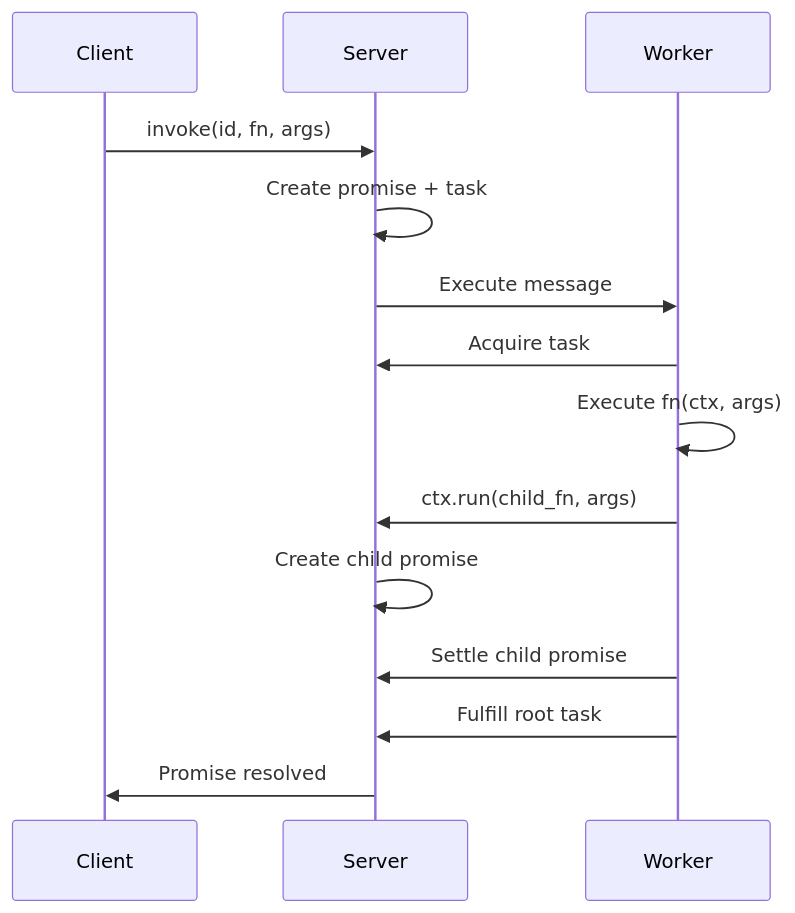
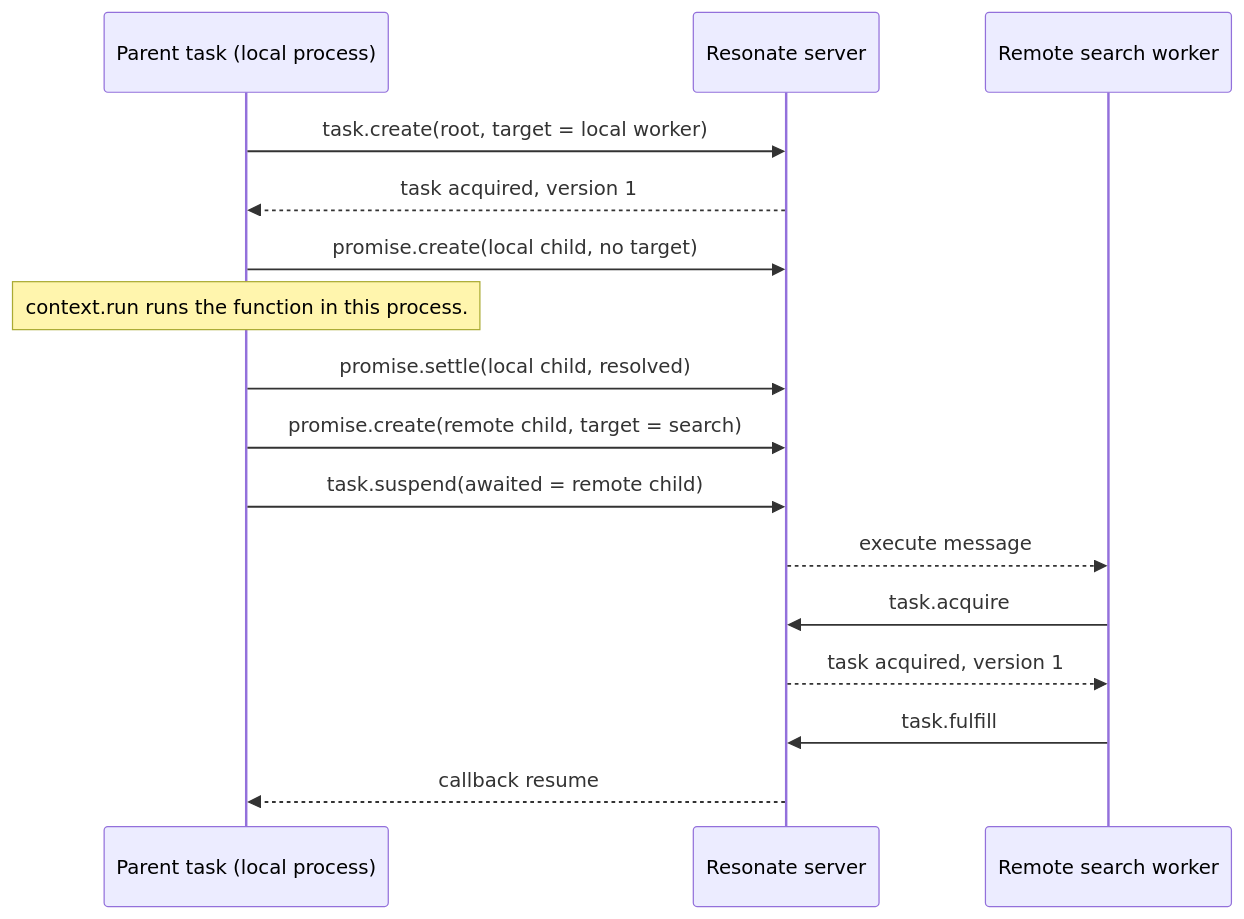
The third of 5 diagrams in resonate/markdown/00-overview.md (ewe-studios/explorations), drawn with Mermaid before and after one commit. The commit also changed other lines of this file and 636 other files, not shown here.

````diff
--- a/resonate/markdown/00-overview.md
+++ b/resonate/markdown/00-overview.md
@@ -86,17 +233,18 @@
 ```mermaid
 sequenceDiagram
-    participant Client
-    participant Server
-    participant Worker
-
-    Client->>Server: invoke(id, fn, args)
-    Server->>Server: Create promise + task
-    Server->>Worker: Execute message
-    Worker->>Server: Acquire task
-    Worker->>Worker: Execute fn(ctx, args)
-    Worker->>Server: ctx.run(child_fn, args)
-    Server->>Server: Create child promise
-    Worker->>Server: Settle child promise
-    Worker->>Server: Fulfill root task
-    Server->>Client: Promise resolved
+    participant Parent as Parent task (local process)
+    participant Server as Resonate server
+    participant Remote as Remote search worker
+    Parent->>Server: task.create(root, target = local worker)
+    Server-->>Parent: task acquired, version 1
+    Parent->>Server: promise.create(local child, no target)
+    Note over Parent: context.run runs the function in this process.
+    Parent->>Server: promise.settle(local child, resolved)
+    Parent->>Server: promise.create(remote child, target = search)
+    Parent->>Server: task.suspend(awaited = remote child)
+    Server-->>Remote: execute message
+    Remote->>Server: task.acquire
+    Server-->>Remote: task acquired, version 1
+    Remote->>Server: task.fulfill
+    Server-->>Parent: callback resume
 ```
````
